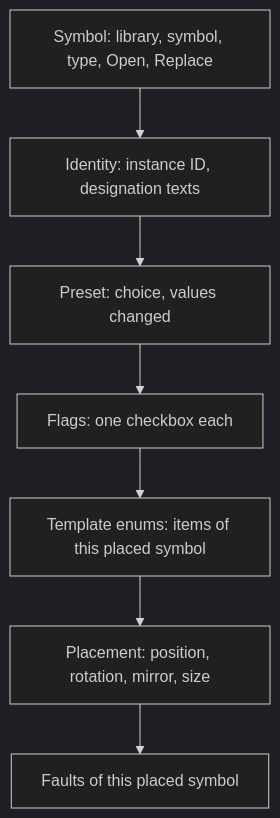
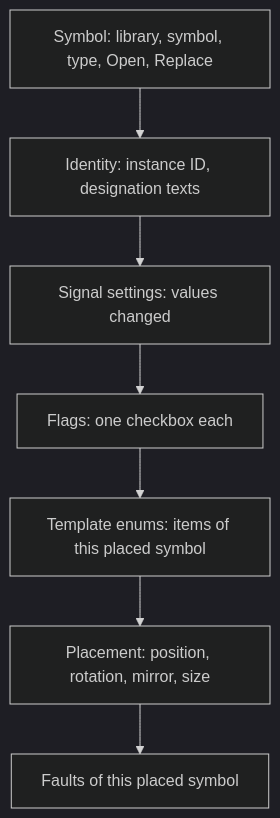
The diagram in synoptics/04-placed-symbol-panel.md (AlexandreGallais/synoptic-studio-spec), drawn with Mermaid (dark theme) before and after one commit. The commit also changed other lines of this file and 65 other files, not shown here.

````diff
--- a/synoptics/04-placed-symbol-panel.md
+++ b/synoptics/04-placed-symbol-panel.md
@@ -14,9 +14,9 @@
 ```mermaid
 flowchart TD
     A["Symbol: library, symbol, type, Open, Replace"] --> B["Identity: instance ID, designation texts"]
-    B --> C["Preset: choice, values changed"]
+    B --> C["Signal settings: values changed"]
     C --> D["Flags: one checkbox each"]
     D --> E["Template enums: items of this placed symbol"]
     E --> F["Placement: position, rotation, mirror, size"]
     F --> G["Faults of this placed symbol"]
 ```
````
